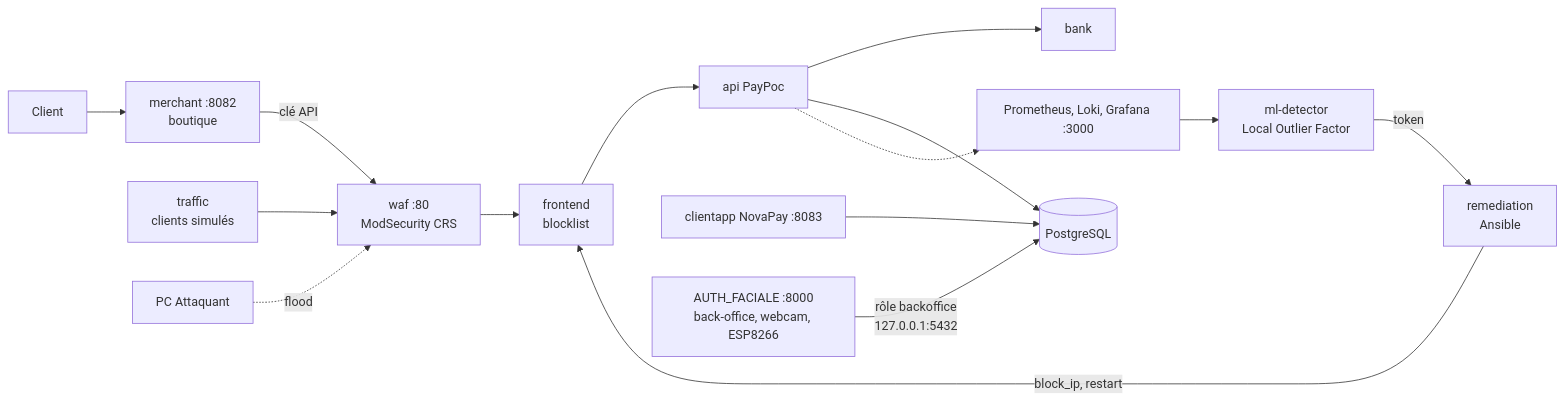
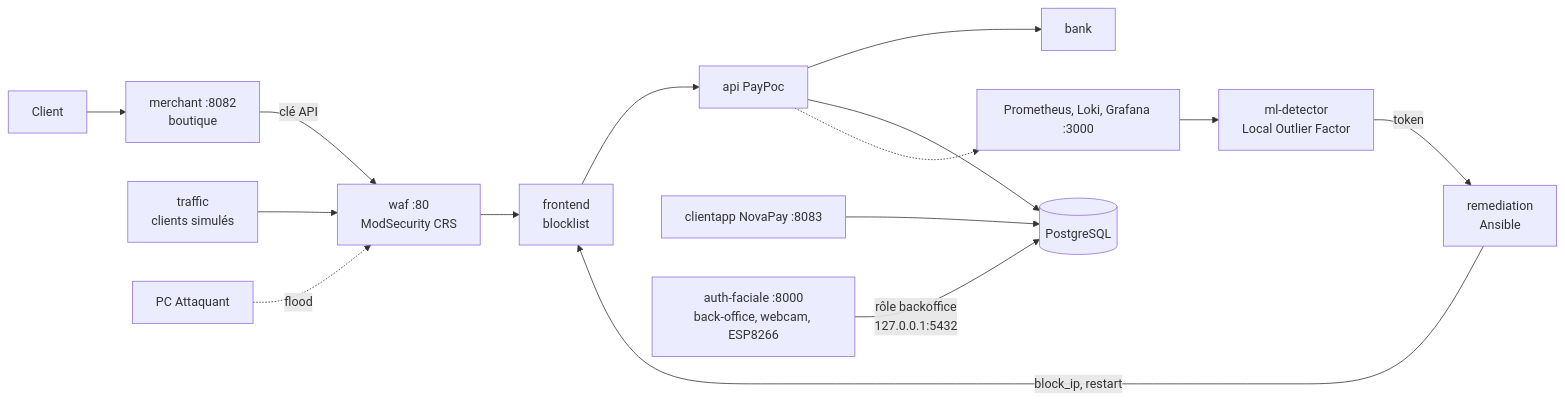
Before and after one commit to NicolasGlt/Workshop-grp10: the diagram in README.md, drawn with Mermaid. The commit also changed other lines of this file and 72 other files, not shown here.

````diff
--- a/README.md
+++ b/README.md
@@ -18,16 +29,16 @@
 ```mermaid
 flowchart LR
     CLI["Client"] --> SHOP["merchant :8082<br/>boutique"]
     SIM["traffic<br/>clients simulés"] --> WAF
     SHOP -->|"clé API"| WAF["waf :80<br/>ModSecurity CRS"]
     ATK["PC Attaquant"] -.->|flood| WAF
     WAF --> FRONT["frontend<br/>blocklist"] --> API["api PayPoc"]
     API --> BANK["bank"]
     API --> DB[("PostgreSQL")]
     NOVA["clientapp NovaPay :8083"] --> DB
-    BO["AUTH_FACIALE :8000<br/>back-office, webcam, ESP8266"] -->|"rôle backoffice<br/>127.0.0.1:5432"| DB
+    BO["auth-faciale :8000<br/>back-office, webcam, ESP8266"] -->|"rôle backoffice<br/>127.0.0.1:5432"| DB
     API -.-> PROM["Prometheus, Loki, Grafana :3000"]
     PROM --> MLD["ml-detector<br/>Local Outlier Factor"]
     MLD -->|token| REM["remediation<br/>Ansible"]
     REM -->|"block_ip, restart"| FRONT
 ```
````
